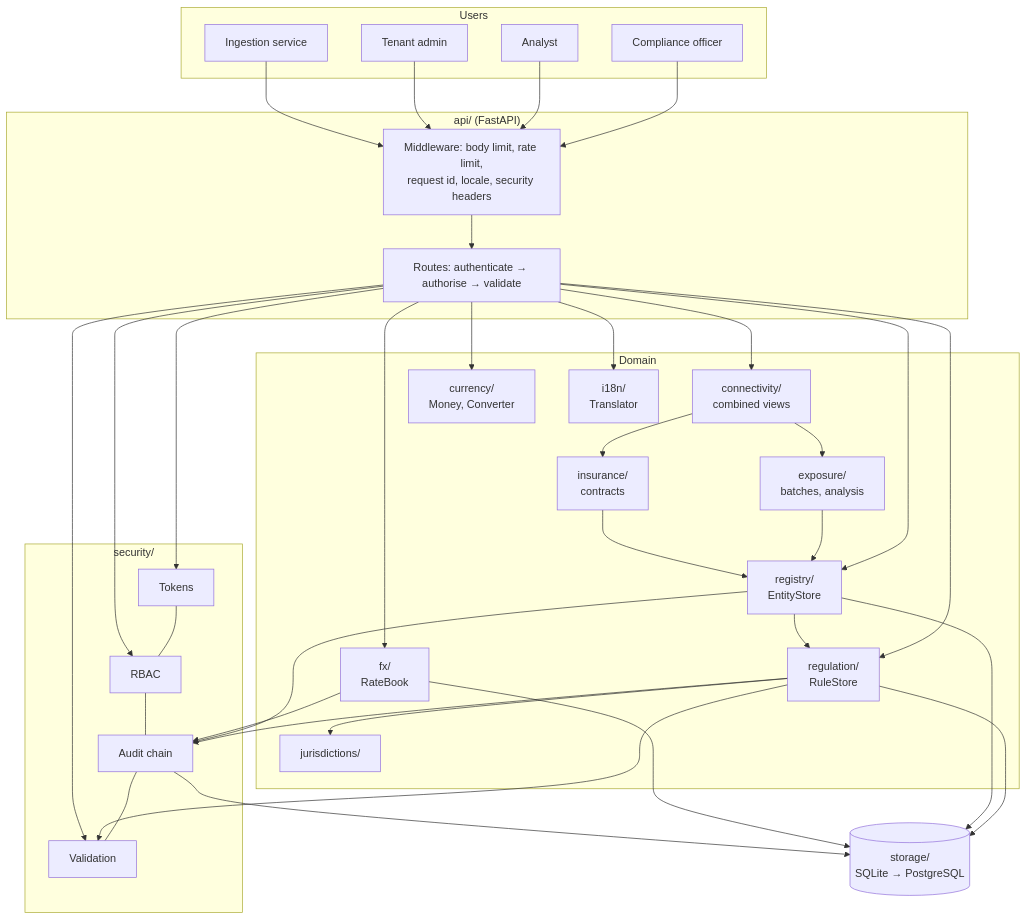
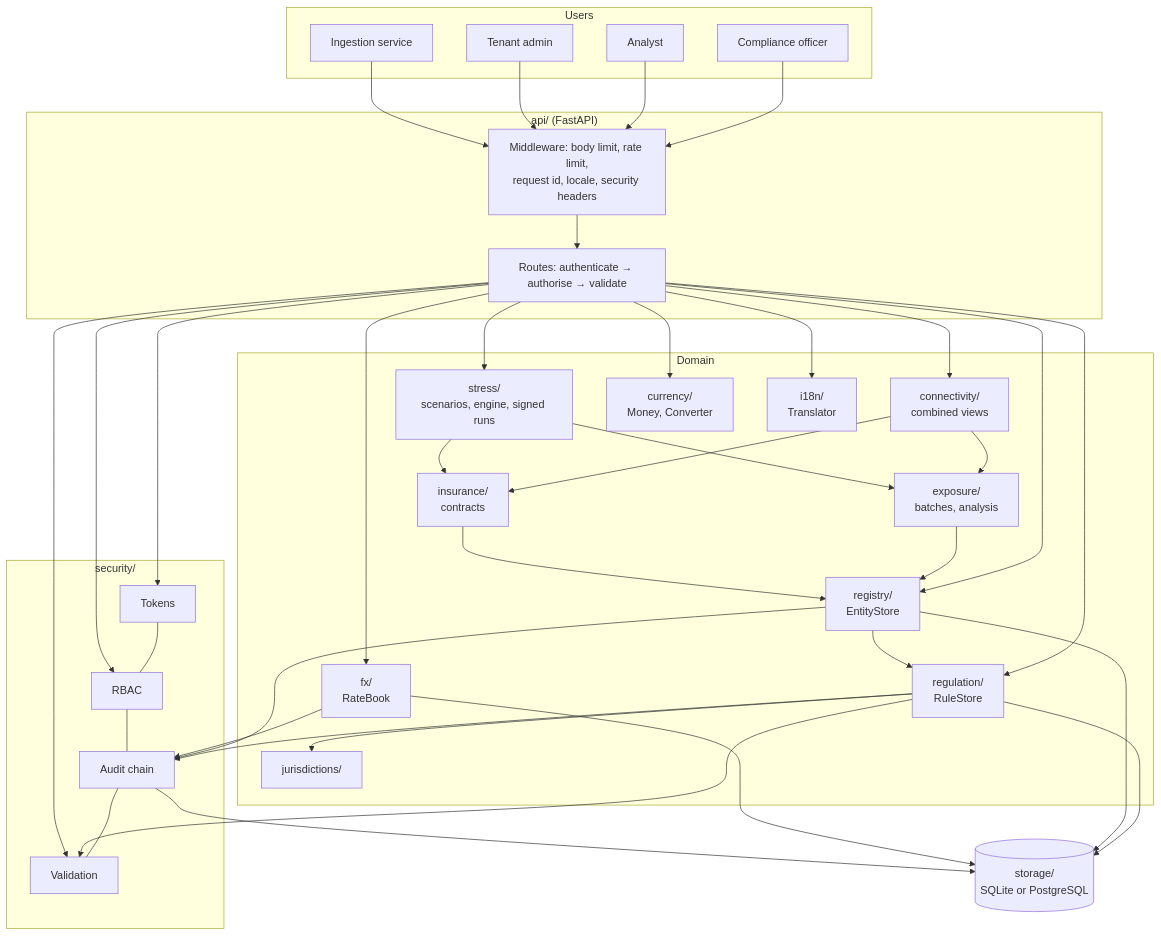
The diagram in docs/ARCHITECTURE.md (lari98/reggraph-europe), drawn with Mermaid before and after one commit. The commit also changed other lines of this file and 41 other files, not shown here.

Commit message:
Phase 4: stress lab and PostgreSQL (v0.4.0)

````diff
--- a/docs/ARCHITECTURE.md
+++ b/docs/ARCHITECTURE.md
@@ -6,36 +6,38 @@
 ```mermaid
 flowchart TB
     subgraph Users
       U1[Compliance officer]; U2[Analyst]; U3[Tenant admin]; U4[Ingestion service]
     end
     subgraph API["api/  (FastAPI)"]
       MW[Middleware: body limit, rate limit,<br/>request id, locale, security headers]
       RT[Routes: authenticate → authorise → validate]
     end
     subgraph Domain
       REG[regulation/<br/>RuleStore]
       REGY[registry/<br/>EntityStore]
       EXP[exposure/<br/>batches, analysis]
       INSU[insurance/<br/>contracts]
       CONN[connectivity/<br/>combined views]
+      STR[stress/<br/>scenarios, engine, signed runs]
       FX[fx/<br/>RateBook]
       CUR[currency/<br/>Money, Converter]
       I18[i18n/<br/>Translator]
       JUR[jurisdictions/]
     end
     subgraph Security["security/"]
       TOK[Tokens] --- RB[RBAC] --- AUD[Audit chain] --- VAL[Validation]
     end
-    DB[(storage/<br/>SQLite → PostgreSQL)]
+    DB[(storage/<br/>SQLite or PostgreSQL)]
     U1 & U2 & U3 & U4 --> MW --> RT
     RT --> REG & REGY & FX & CUR & I18
     REG --> JUR
     REGY --> REG
     EXP & INSU --> REGY
     CONN --> EXP & INSU
-    RT --> CONN
+    RT --> CONN & STR
+    STR --> EXP & INSU
     REG & REGY & FX --> AUD --> DB
     REG & REGY & FX --> DB
     RT --> TOK & RB
     REG & RT --> VAL
 ```
````
